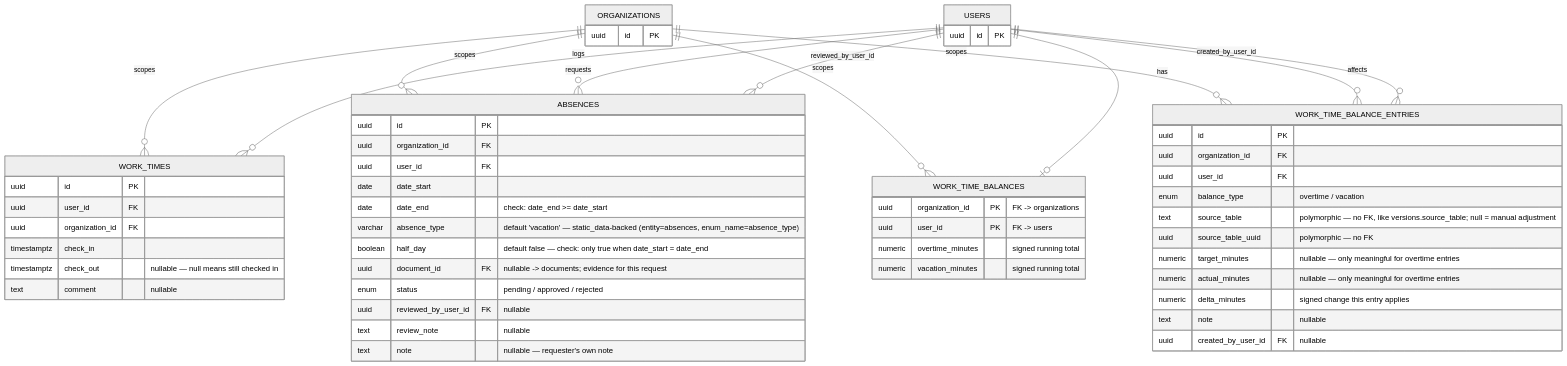
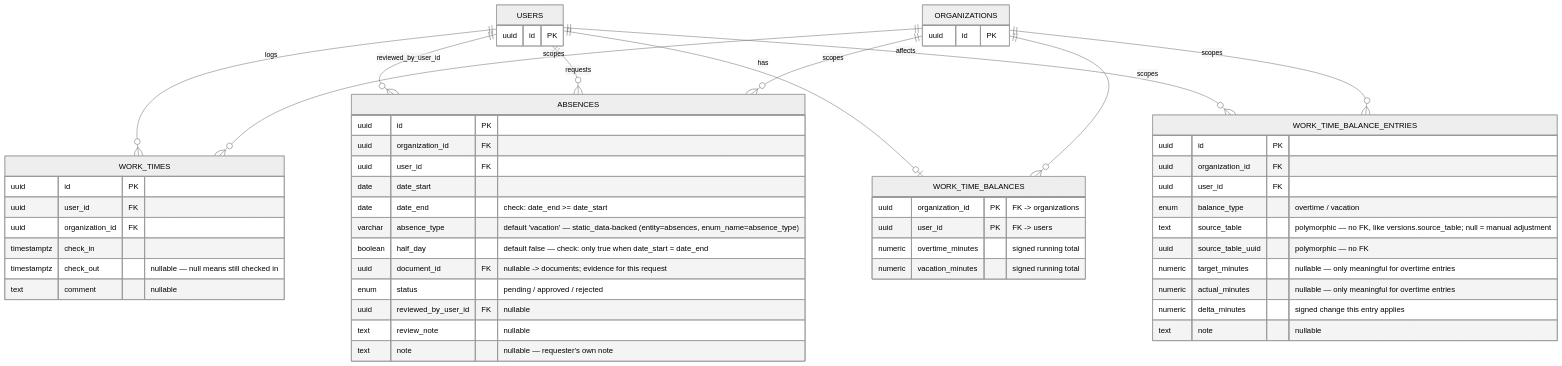
One commit to fporoli/worktime3 changed the sixth of 12 diagrams in docs/DATABASE_SCHEMA.md. Above: the diagram before and after it, drawn with Mermaid (neutral theme). The commit also changed other lines of this file and 16 other files, not shown here.

First line of the commit message:
Refactor database schema and seed data

````diff
--- a/docs/DATABASE_SCHEMA.md
+++ b/docs/DATABASE_SCHEMA.md
@@ -261,57 +251,55 @@
 ```mermaid
 erDiagram
     ORGANIZATIONS ||--o{ WORK_TIMES : "scopes"
     USERS ||--o{ WORK_TIMES : "logs"
     ORGANIZATIONS ||--o{ ABSENCES : "scopes"
     USERS ||--o{ ABSENCES : "requests"
     USERS ||--o{ ABSENCES : "reviewed_by_user_id"
     ORGANIZATIONS ||--o{ WORK_TIME_BALANCES : "scopes"
     USERS ||--o| WORK_TIME_BALANCES : "has"
     ORGANIZATIONS ||--o{ WORK_TIME_BALANCE_ENTRIES : "scopes"
     USERS ||--o{ WORK_TIME_BALANCE_ENTRIES : "affects"
-    USERS ||--o{ WORK_TIME_BALANCE_ENTRIES : "created_by_user_id"
 
     WORK_TIMES {
         uuid id PK
         uuid user_id FK
         uuid organization_id FK
         timestamptz check_in
         timestamptz check_out "nullable — null means still checked in"
         text comment "nullable"
     }
     ABSENCES {
         uuid id PK
         uuid organization_id FK
         uuid user_id FK
         date date_start
         date date_end "check: date_end >= date_start"
         varchar absence_type "default 'vacation' — static_data-backed (entity=absences, enum_name=absence_type)"
         boolean half_day "default false — check: only true when date_start = date_end"
         uuid document_id FK "nullable -> documents; evidence for this request"
         enum status "pending / approved / rejected"
         uuid reviewed_by_user_id FK "nullable"
         text review_note "nullable"
         text note "nullable — requester's own note"
     }
     WORK_TIME_BALANCES {
         uuid organization_id PK "FK -> organizations"
         uuid user_id PK "FK -> users"
         numeric overtime_minutes "signed running total"
         numeric vacation_minutes "signed running total"
     }
     WORK_TIME_BALANCE_ENTRIES {
         uuid id PK
         uuid organization_id FK
         uuid user_id FK
         enum balance_type "overtime / vacation"
         text source_table "polymorphic — no FK, like versions.source_table; null = manual adjustment"
         uuid source_table_uuid "polymorphic — no FK"
         numeric target_minutes "nullable — only meaningful for overtime entries"
         numeric actual_minutes "nullable — only meaningful for overtime entries"
         numeric delta_minutes "signed change this entry applies"
         text note "nullable"
-        uuid created_by_user_id FK "nullable"
     }
     ORGANIZATIONS { uuid id PK }
     USERS { uuid id PK }
 ```
````
